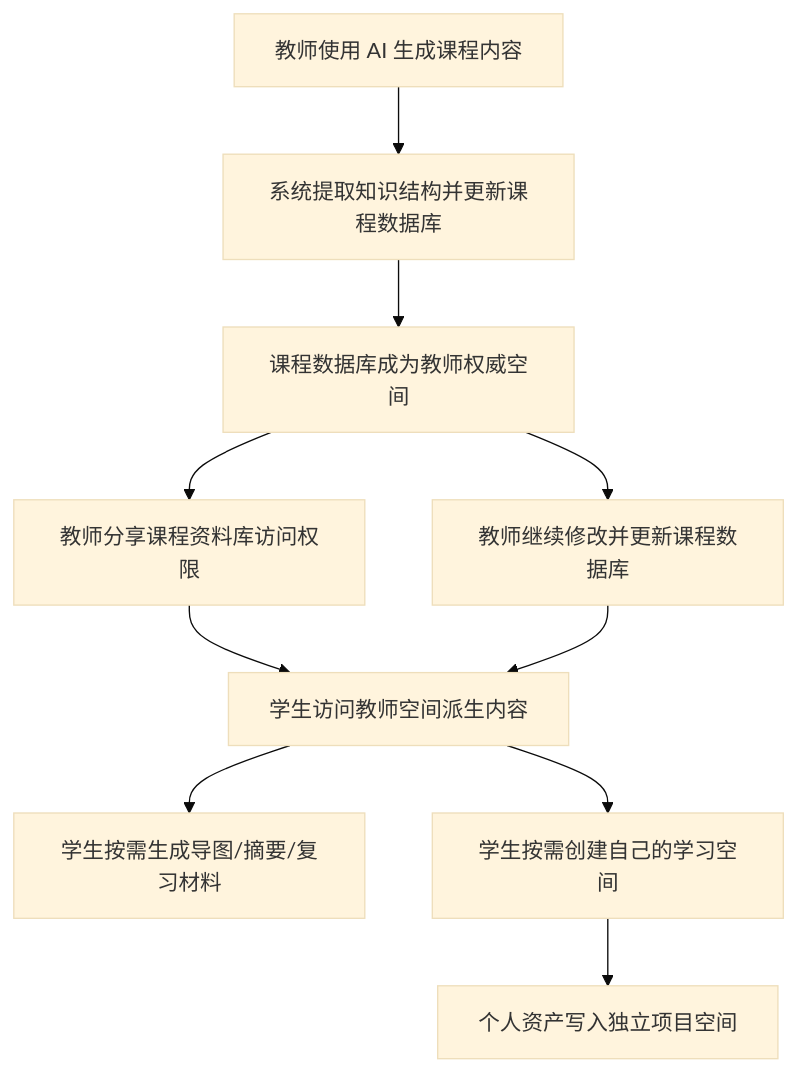
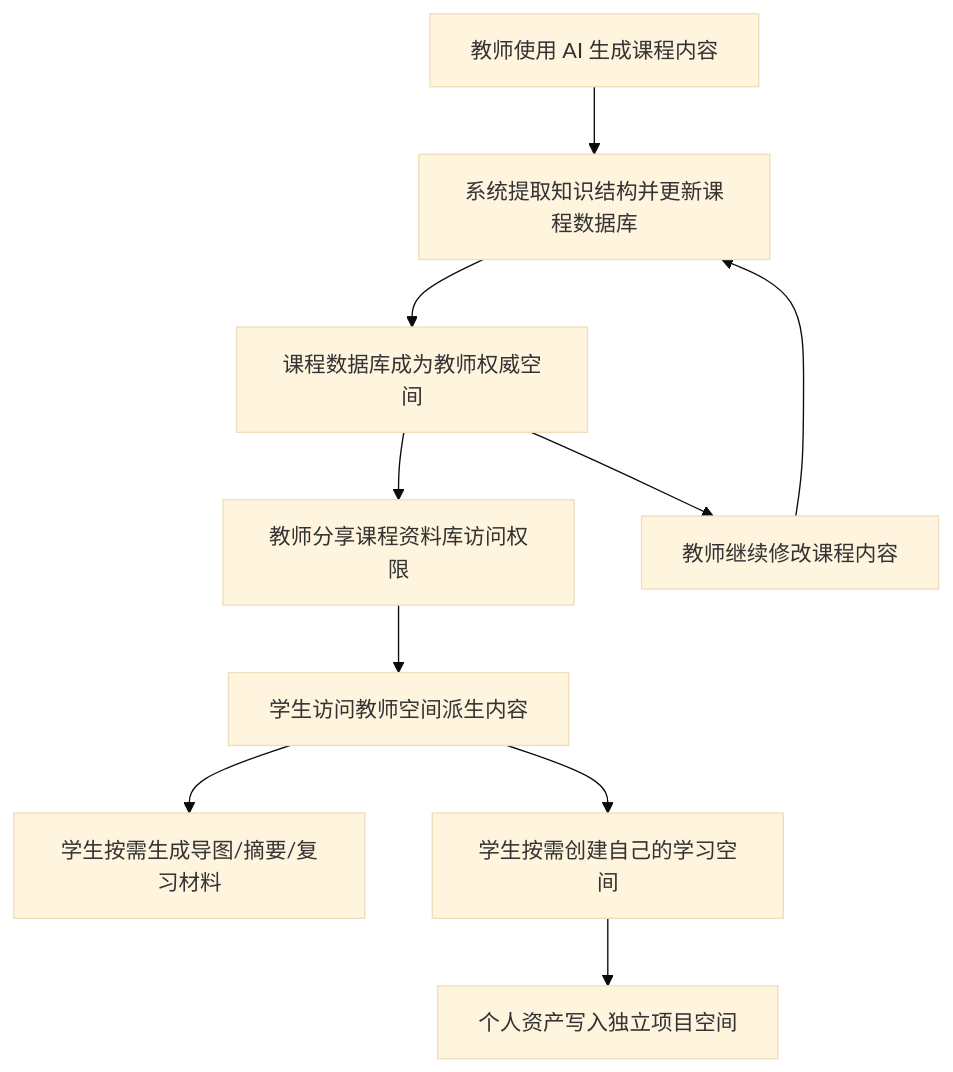
The sixth of 7 diagrams in docs/competition/11-final-submission-draft.md (ln-one/Spectra), drawn with Mermaid (base theme) before and after one commit. The commit also changed other lines of this file and 3 other files, not shown here.

Commit message:
Refine competition Mermaid diagrams

````diff
--- a/docs/competition/11-final-submission-draft.md
+++ b/docs/competition/11-final-submission-draft.md
@@ -1123,12 +1135,12 @@
 ```mermaid
 flowchart TD
     A["教师使用 AI 生成课程内容"] --> B["系统提取知识结构并更新课程数据库"]
     B --> C["课程数据库成为教师权威空间"]
     C --> D["教师分享课程资料库访问权限"]
     D --> E["学生访问教师空间派生内容"]
     E --> F["学生按需生成导图/摘要/复习材料"]
     E --> G["学生按需创建自己的学习空间"]
     G --> H["个人资产写入独立项目空间"]
-    C --> I["教师继续修改并更新课程数据库"]
-    I --> E
+    C --> I["教师继续修改课程内容"]
+    I --> B
 ```
````
